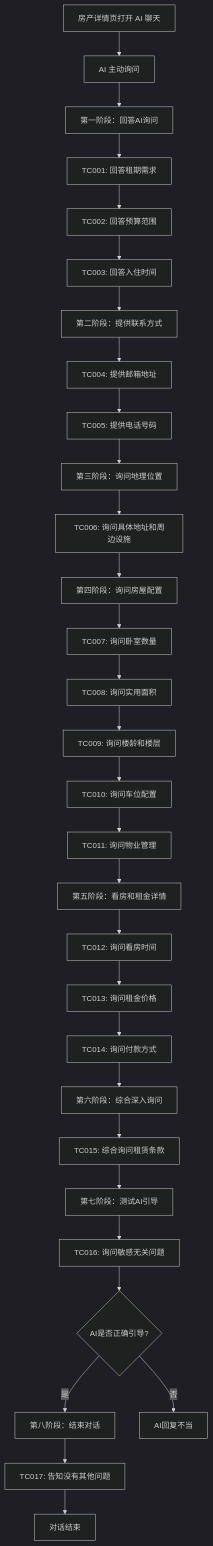
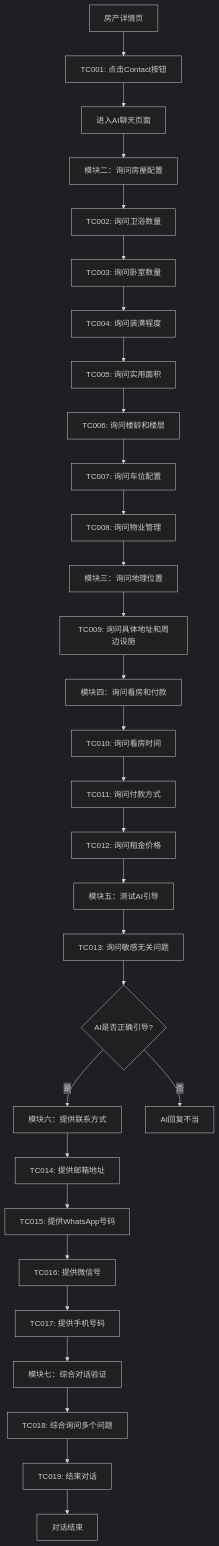
The diagram in bundled/knowledge_base/业务知识图谱/消息业务域/房产AI聊天业务流程.md (jiadan-user/jiacangku), drawn with Mermaid (dark theme) before and after one commit. The commit also changed other lines of this file and 4 other files, not shown here.

````diff
--- a/bundled/knowledge_base/业务知识图谱/消息业务域/房产AI聊天业务流程.md
+++ b/bundled/knowledge_base/业务知识图谱/消息业务域/房产AI聊天业务流程.md
@@ -9,40 +9,38 @@
 ```mermaid
 graph TD
-    A[房产详情页打开 AI 聊天] --> B[AI 主动询问]
+    A[房产详情页] --> A1[TC001: 点击Contact按钮]
+    A1 --> B[进入AI聊天页面]
     
-    B --> C[第一阶段：回答AI询问]
-    C --> C1[TC001: 回答租期需求]
-    C1 --> C2[TC002: 回答预算范围]
-    C2 --> C3[TC003: 回答入住时间]
+    B --> C[模块二：询问房屋配置]
+    C --> C1[TC002: 询问卫浴数量]
+    C1 --> C2[TC003: 询问卧室数量]
+    C2 --> C3[TC004: 询问装潢程度]
+    C3 --> C4[TC005: 询问实用面积]
+    C4 --> C5[TC006: 询问楼龄和楼层]
+    C5 --> C6[TC007: 询问车位配置]
+    C6 --> C7[TC008: 询问物业管理]
     
-    C3 --> D[第二阶段：提供联系方式]
-    D --> D1[TC004: 提供邮箱地址]
-    D1 --> D2[TC005: 提供电话号码]
+    C7 --> D[模块三：询问地理位置]
+    D --> D1[TC009: 询问具体地址和周边设施]
     
-    D2 --> E[第三阶段：询问地理位置]
-    E --> E1[TC006: 询问具体地址和周边设施]
+    D1 --> E[模块四：询问看房和付款]
+    E --> E1[TC010: 询问看房时间]
+    E1 --> E2[TC011: 询问付款方式]
+    E2 --> E3[TC012: 询问租金价格]
     
-    E1 --> F[第四阶段：询问房屋配置]
-    F --> F1[TC007: 询问卧室数量]
-    F1 --> F2[TC008: 询问实用面积]
-    F2 --> F3[TC009: 询问楼龄和楼层]
-    F3 --> F4[TC010: 询问车位配置]
-    F4 --> F5[TC011: 询问物业管理]
+    E3 --> F[模块五：测试AI引导]
+    F --> F1[TC013: 询问敏感无关问题]
+    F1 --> F2{AI是否正确引导?}
+    F2 -->|是| G[模块六：提供联系方式]
+    F2 -->|否| K[AI回复不当]
     
-    F5 --> G[第五阶段：看房和租金详情]
-    G --> G1[TC012: 询问看房时间]
-    G1 --> G2[TC013: 询问租金价格]
-    G2 --> G3[TC014: 询问付款方式]
+    G --> G1[TC014: 提供邮箱地址]
+    G1 --> G2[TC015: 提供WhatsApp号码]
+    G2 --> G3[TC016: 提供微信号]
+    G3 --> G4[TC017: 提供手机号码]
     
-    G3 --> H[第六阶段：综合深入询问]
-    H --> H1[TC015: 综合询问租赁条款]
-    
-    H1 --> I[第七阶段：测试AI引导]
-    I --> I1[TC016: 询问敏感无关问题]
-    I1 --> I2{AI是否正确引导?}
-    I2 -->|是| J[第八阶段：结束对话]
-    I2 -->|否| K[AI回复不当]
-    
-    J --> J1[TC017: 告知没有其他问题]
-    J1 --> L[对话结束]
+    G4 --> H[模块七：综合对话验证]
+    H --> H1[TC018: 综合询问多个问题]
+    H1 --> H2[TC019: 结束对话]
+    H2 --> L[对话结束]
 ```
````
